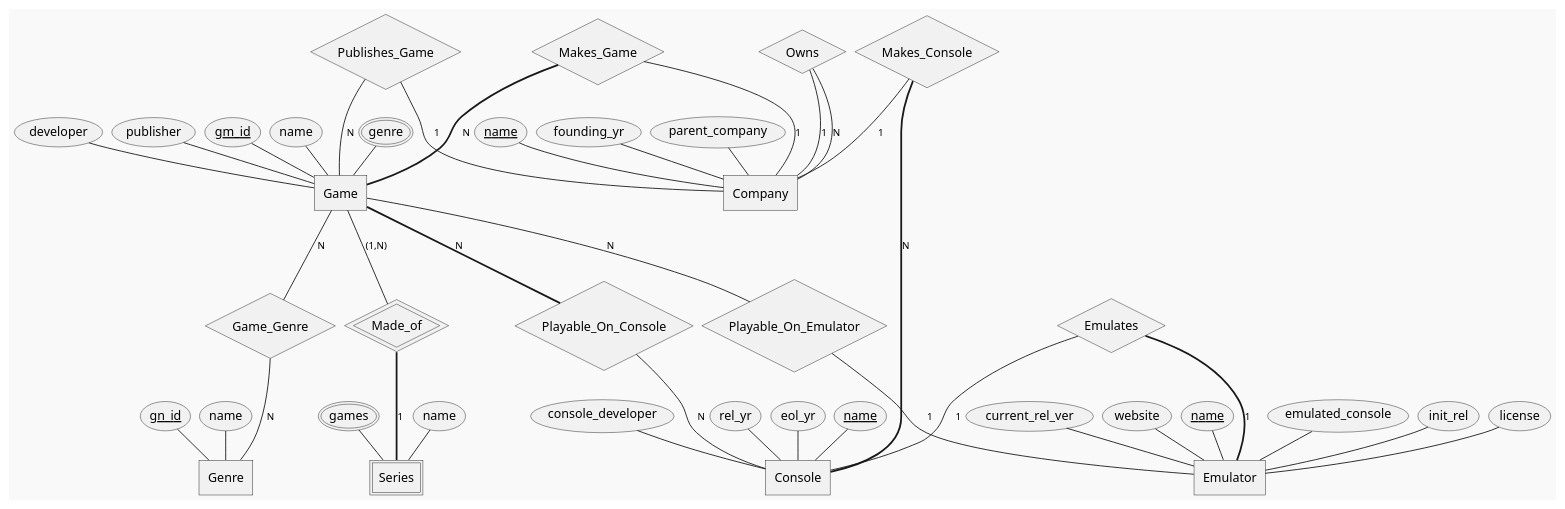
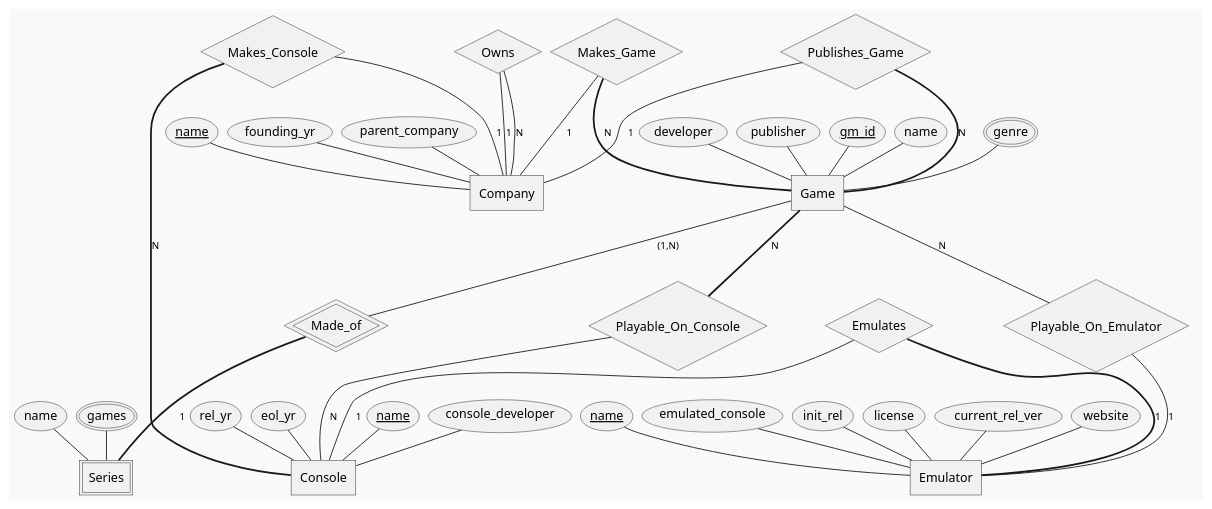
The diagram in eerDiagram.plantuml (AndrewN20/CS4347-005-TeamSupremeVictory-main), drawn with PlantUML before and after one commit.

Commit message:
removed Genre and Game_Genre relation, added foreign key comments

```diff
--- a/eerDiagram.plantuml
+++ b/eerDiagram.plantuml
@@ -1,104 +1,95 @@
 @startchen
 !theme mars
 '!theme mono
 
 'vertical spacing
 skinparam ranksep 30
 'horizontal spacing
 skinparam nodesep 10  
 
 'entity definitions
 entity Game {
         'pk
         gm_id <<key>>
         name
         genre <<multi>>
         'fk
         developer
         'fk
         publisher
 }
 
 entity Series <<weak>> {
         name
         games <<multi>>
 }
 
-entity Genre {
-        'pk
-        gn_id <<key>>
-        name
-}
-
 entity Console {
         'pk
         name <<key>>
+        'fk
         console_developer
         rel_yr
         eol_yr
 }
 
 entity Company{
         'pk
         name <<key>>
         founding_yr
         'fk
         parent_company
 }
 
 entity Emulator {
         'pk
         name <<key>>
+        'fk
         emulated_console
         init_rel
         license
         current_rel_ver
         website
 }
 'relationship definitions
-relationship "Game_Genre" as gg {
-}
 relationship "Made_of" as MO <<identifying>> {
 }
 relationship "Makes_Game" as mg {
 }
 relationship "Publishes_Game" as pg {
 }
 relationship "Makes_Console" as mc {
 }
 relationship "Owns" as own {
 }
 relationship "Playable_On_Console" as ploc {
 }
 relationship "Playable_On_Emulator" as ploe {
 }
 relationship Emulates {
 }
 
 Game -(1,N)- MO
 MO =1= Series
 
-Game -N- gg
-gg -N- Genre
-
 Game =N= ploc
 ploc -N- Console
 
 Game -N- ploe
 ploe -1- Emulator
 
 mg -1- Company
 mg =N= Game
 
 pg -1- Company
-pg -N- Game
+pg =N= Game
 
 mc -1- Company
 mc =N= Console
 
 own -1- Company
 own -N- Company
 
 Emulates -1- Console
 Emulates =1= Emulator
 @endchen
```
